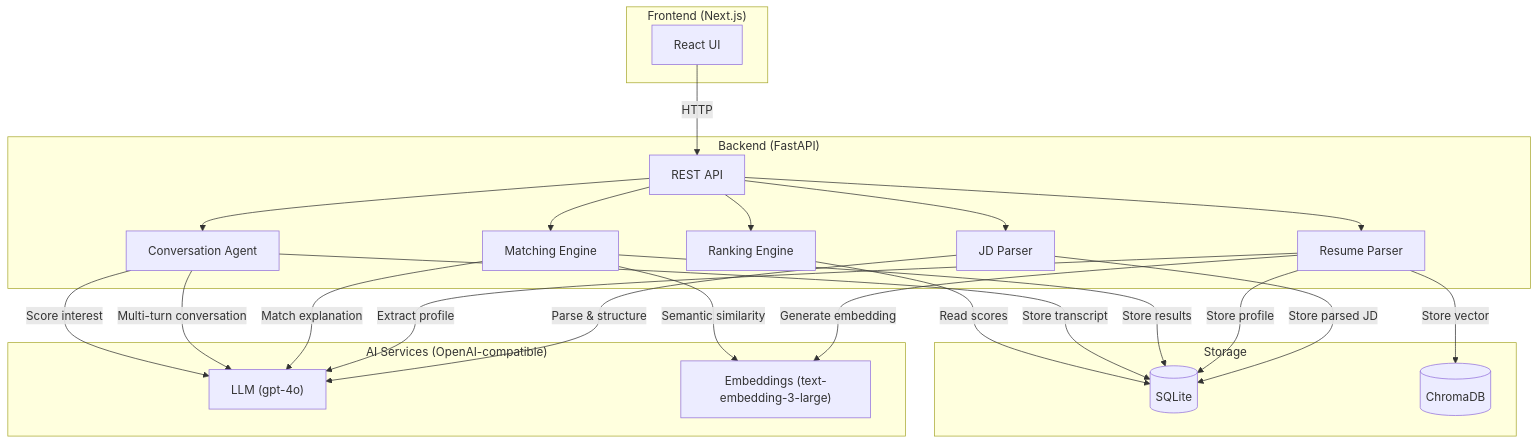
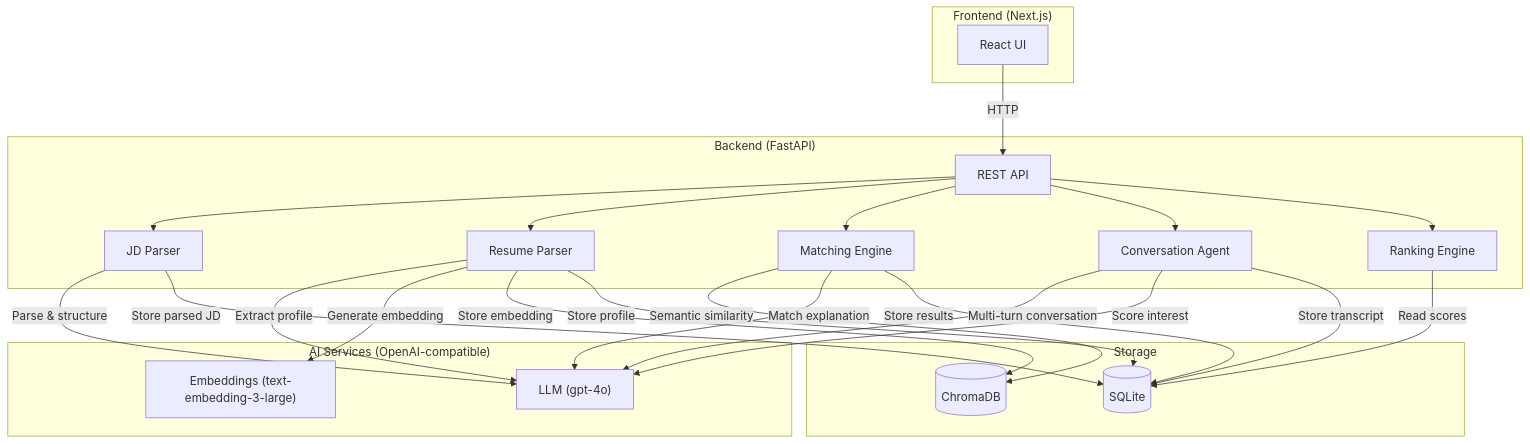
One commit to vikartp/TalentScout-AI changed the diagram in ARCHITECTURE.md. Above: the diagram before and after it, drawn with Mermaid. The commit also changed 4 other files, not shown here.

````diff
--- a/ARCHITECTURE.md
+++ b/ARCHITECTURE.md
@@ -5,47 +5,47 @@
 ```mermaid
 flowchart TB
     subgraph Frontend["Frontend (Next.js)"]
         UI[React UI]
     end
 
     subgraph Backend["Backend (FastAPI)"]
         API[REST API]
         JDP[JD Parser]
         RP[Resume Parser]
         ME[Matching Engine]
         CA[Conversation Agent]
         RE[Ranking Engine]
     end
 
     subgraph AI["AI Services (OpenAI-compatible)"]
         LLM["LLM (gpt-4o)"]
         EMB["Embeddings (text-embedding-3-large)"]
     end
 
     subgraph Storage["Storage"]
         SQL[(SQLite)]
         VEC[(ChromaDB)]
     end
 
     UI -->|HTTP| API
     API --> JDP
     API --> RP
     API --> ME
     API --> CA
     API --> RE
 
     JDP -->|Parse & structure| LLM
     RP -->|Extract profile| LLM
     RP -->|Generate embedding| EMB
-    ME -->|Semantic similarity| EMB
+    RP -->|Store embedding| VEC
+    ME -->|Semantic similarity| VEC
     ME -->|Match explanation| LLM
     CA -->|Multi-turn conversation| LLM
     CA -->|Score interest| LLM
 
     JDP -->|Store parsed JD| SQL
     RP -->|Store profile| SQL
-    RP -->|Store vector| VEC
     ME -->|Store results| SQL
     CA -->|Store transcript| SQL
     RE -->|Read scores| SQL
 ```
````
